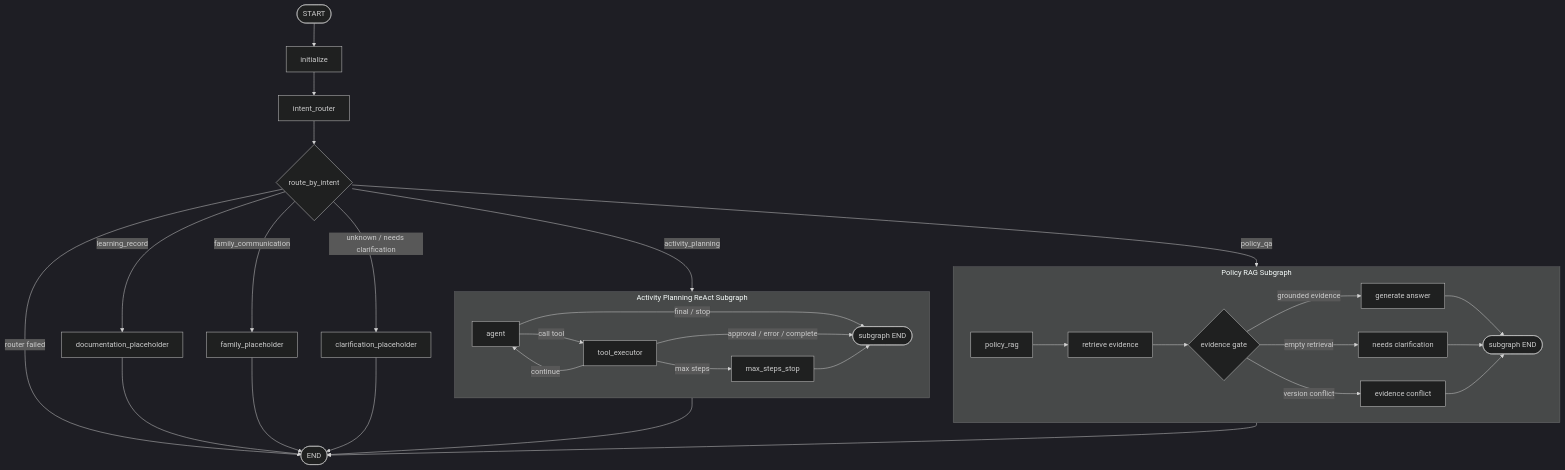
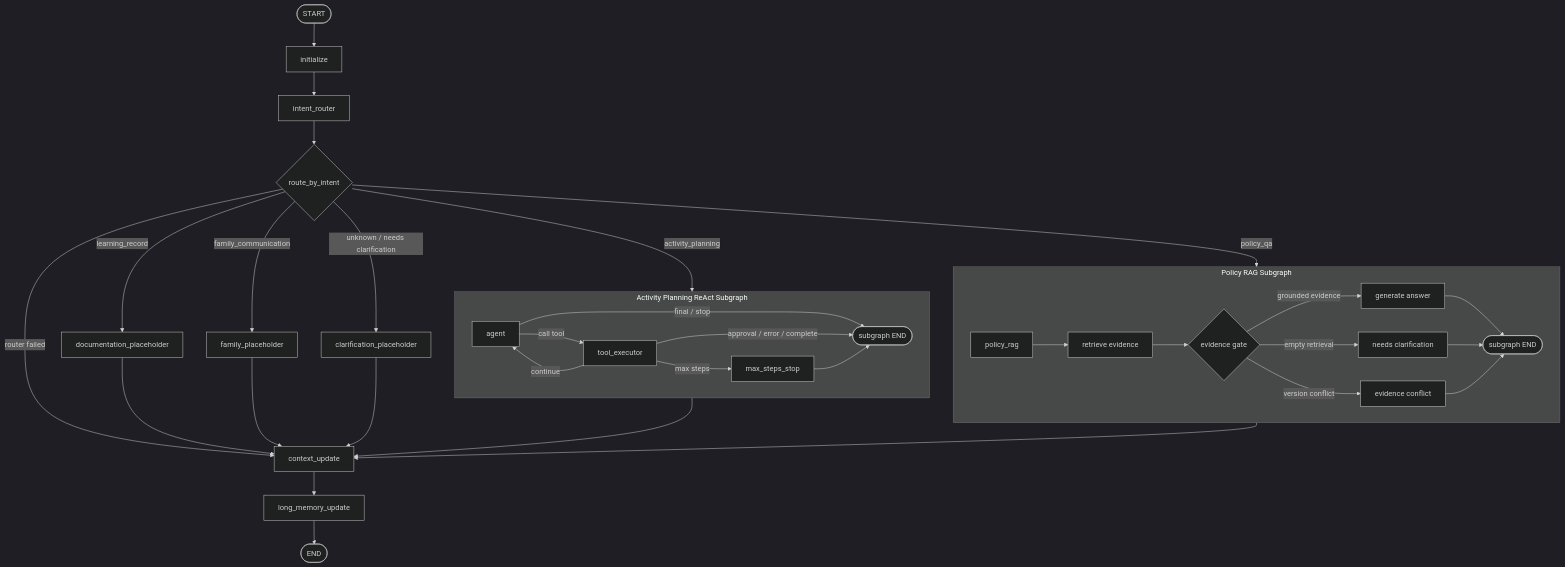
The second of 3 diagrams in README.md (MengC-OvO/easy-teaching), drawn with Mermaid (dark theme) before and after one commit. The commit also changed other lines of this file and 38 other files, not shown here.

````diff
--- a/README.md
+++ b/README.md
@@ -66,43 +79,45 @@
 ```mermaid
 flowchart TD
     Start([START]) --> Initialize[initialize]
     Initialize --> IntentNode[intent_router]
     IntentNode --> Route{route_by_intent}
 
     Route -->|activity_planning| PlanningSubgraph
     Route -->|policy_qa| PolicySubgraph
     Route -->|learning_record| Documentation[documentation_placeholder]
     Route -->|family_communication| Family[family_placeholder]
     Route -->|unknown / needs clarification| Clarification[clarification_placeholder]
-    Route -->|router failed| End([END])
+    Route -->|router failed| ContextUpdate[context_update]
 
     subgraph PlanningSubgraph[Activity Planning ReAct Subgraph]
         PAgent[agent]
         PExecutor[tool_executor]
         PMax[max_steps_stop]
         PAgent -->|call tool| PExecutor
         PExecutor -->|continue| PAgent
         PExecutor -->|max steps| PMax
         PAgent -->|final / stop| PEnd([subgraph END])
         PExecutor -->|approval / error / complete| PEnd
         PMax --> PEnd
     end
 
     subgraph PolicySubgraph[Policy RAG Subgraph]
         PolicyNode[policy_rag]
         PolicyNode --> Retrieve[retrieve evidence]
         Retrieve --> Gate{evidence gate}
         Gate -->|empty retrieval| AskClarify[needs clarification]
         Gate -->|version conflict| Conflict[evidence conflict]
         Gate -->|grounded evidence| Generate[generate answer]
         Generate --> PolicyEnd([subgraph END])
         AskClarify --> PolicyEnd
         Conflict --> PolicyEnd
     end
 
-    PlanningSubgraph --> End
-    PolicySubgraph --> End
-    Documentation --> End
-    Family --> End
-    Clarification --> End
+    PlanningSubgraph --> ContextUpdate
+    PolicySubgraph --> ContextUpdate
+    Documentation --> ContextUpdate
+    Family --> ContextUpdate
+    Clarification --> ContextUpdate
+    ContextUpdate --> MemoryUpdate[long_memory_update]
+    MemoryUpdate --> End([END])
 ```
````
